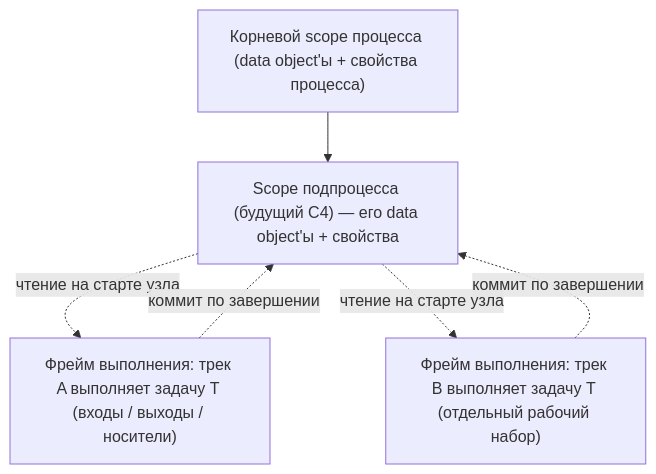
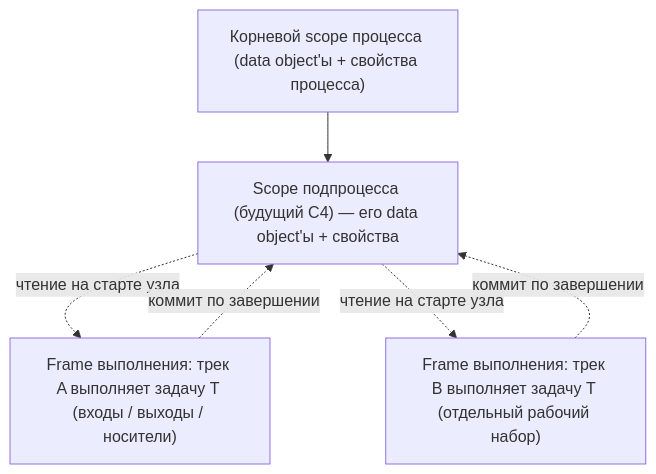
One commit to dr-dobermann/gobpm changed the first of 2 diagrams in docs/design/ADR-010-process-data-model.ru.md. Above: the diagram before and after it, drawn with Mermaid. The commit also changed other lines of this file and 2 other files, not shown here.

First line of the commit message:
docs: keep type names verbatim in RU twins (фрейм → frame)

````diff
--- a/docs/design/ADR-010-process-data-model.ru.md
+++ b/docs/design/ADR-010-process-data-model.ru.md
@@ -123,12 +123,12 @@
 ```mermaid
 flowchart TD
     R["Корневой scope процесса (data object'ы + свойства процесса)"]
     S1["Scope подпроцесса (будущий C4) — его data object'ы + свойства"]
     R --> S1
-    F1["Фрейм выполнения: трек A выполняет задачу T (входы / выходы / носители)"]
-    F2["Фрейм выполнения: трек B выполняет задачу T (отдельный рабочий набор)"]
+    F1["Frame выполнения: трек A выполняет задачу T (входы / выходы / носители)"]
+    F2["Frame выполнения: трек B выполняет задачу T (отдельный рабочий набор)"]
     S1 -.->|"чтение на старте узла"| F1
     S1 -.->|"чтение на старте узла"| F2
     F1 -.->|"коммит по завершении"| S1
     F2 -.->|"коммит по завершении"| S1
 ```
````
